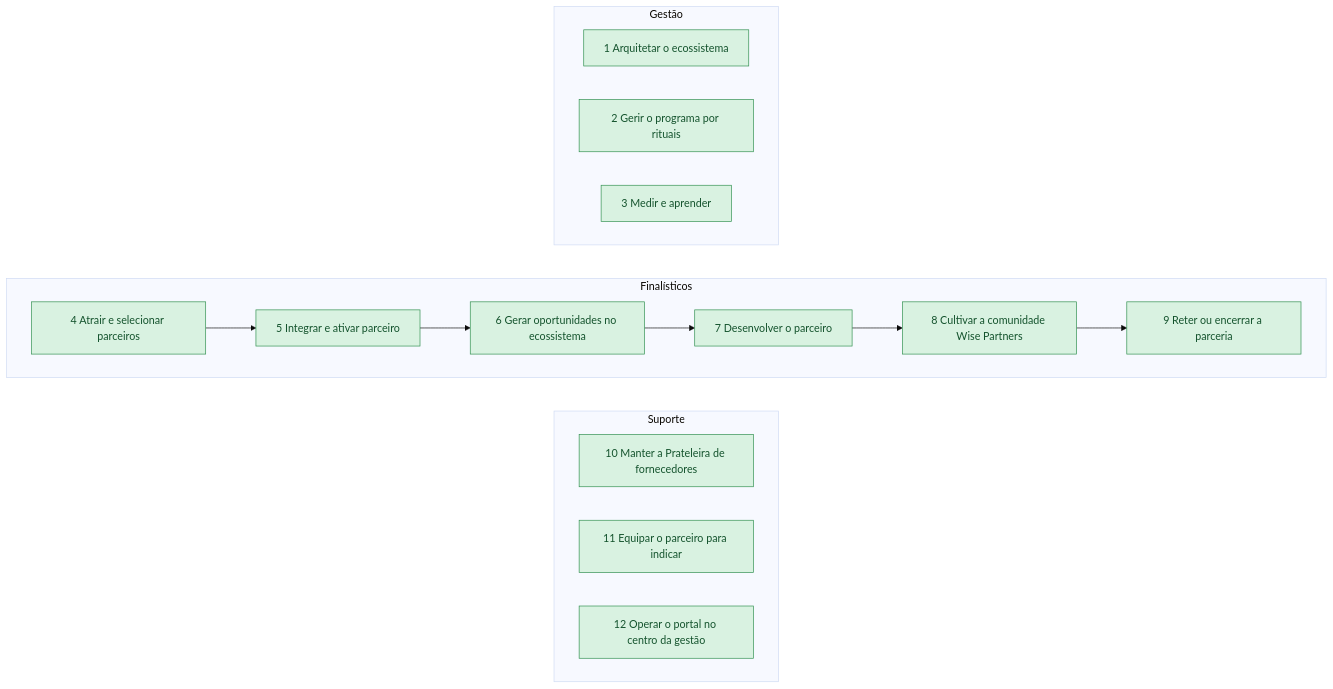
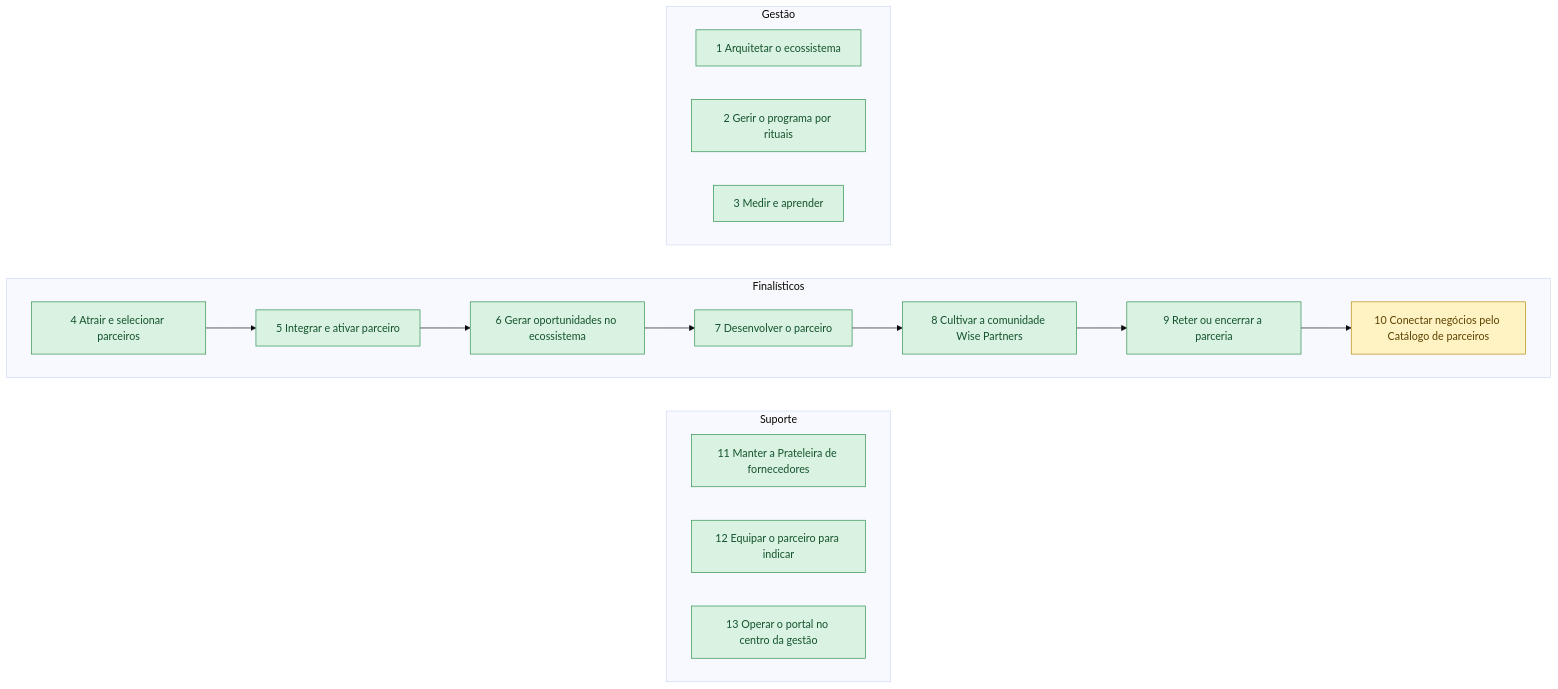
Before and after one commit to Guilherme-MFaccin/Wise-Partners: the diagram in mapeamentos/wise-partners-to-be/saidas/mermaid/cadeia-de-valor.mmd, drawn with Mermaid (base theme). The commit also changed 185 other files, not shown here.

First line of the commit message:
Catálogo de parceiros (FO-19): hub de negócios com ofertas, pedidos com protocolo e clientes do grupo; to-be v15

```diff
--- a/mapeamentos/wise-partners-to-be/saidas/mermaid/cadeia-de-valor.mmd
+++ b/mapeamentos/wise-partners-to-be/saidas/mermaid/cadeia-de-valor.mmd
@@ -1,33 +1,35 @@
 flowchart TB
     classDef confirmado fill:#D9F2E1,stroke:#2F8F4E,color:#14532D
     classDef declarado fill:#FFF3C4,stroke:#B8860B,color:#5C4300
     classDef hipotese fill:#FFFFFF,stroke:#8A9099,color:#3F4650,stroke-dasharray: 5 5
     classDef contestado fill:#FDE2E1,stroke:#C53030,color:#7F1D1D
     subgraph cat_gestao ["Gestão"]
     direction LR
       P_01["1 Arquitetar o ecossistema"]:::confirmado
       P_08["2 Gerir o programa por rituais"]:::confirmado
       P_14["3 Medir e aprender"]:::confirmado
     end
     subgraph cat_finalistico ["Finalísticos"]
     direction LR
       P_20["4 Atrair e selecionar parceiros"]:::confirmado
       P_26["5 Integrar e ativar parceiro"]:::confirmado
       P_31["6 Gerar oportunidades no ecossistema"]:::confirmado
       P_40["7 Desenvolver o parceiro"]:::confirmado
       P_47["8 Cultivar a comunidade Wise Partners"]:::confirmado
       P_54["9 Reter ou encerrar a parceria"]:::confirmado
+      P_102["10 Conectar negócios pelo Catálogo de parceiros"]:::declarado
       P_20 --> P_26
       P_26 --> P_31
       P_31 --> P_40
       P_40 --> P_47
       P_47 --> P_54
+      P_54 --> P_102
     end
     subgraph cat_suporte ["Suporte"]
     direction LR
-      P_58["10 Manter a Prateleira de fornecedores"]:::confirmado
-      P_59["11 Equipar o parceiro para indicar"]:::confirmado
-      P_60["12 Operar o portal no centro da gestão"]:::confirmado
+      P_58["11 Manter a Prateleira de fornecedores"]:::confirmado
+      P_59["12 Equipar o parceiro para indicar"]:::confirmado
+      P_60["13 Operar o portal no centro da gestão"]:::confirmado
     end
     cat_gestao ~~~ cat_finalistico
     cat_finalistico ~~~ cat_suporte
```
